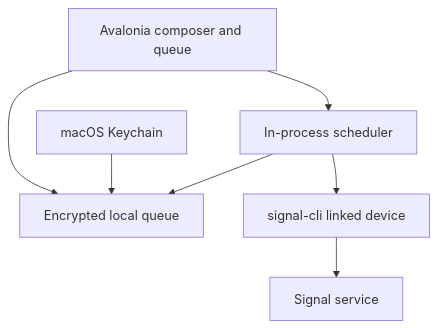
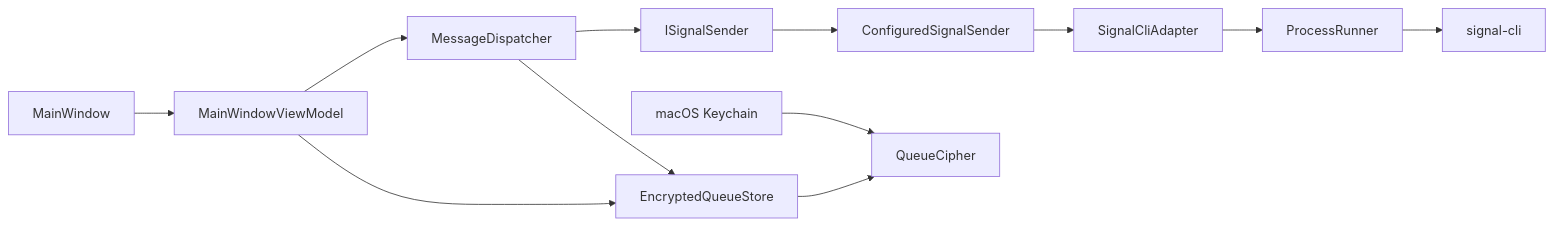
Before and after one commit to Alexandra-St/SignalScheduler: the diagram in README.md, drawn with Mermaid. The commit also changed other lines of this file, not shown here.

````diff
--- a/README.md
+++ b/README.md
@@ -33,9 +21,18 @@
 ```mermaid
-flowchart TD
-    UI["Avalonia composer and queue"] --> Store["Encrypted local queue"]
-    UI --> Worker["In-process scheduler"]
-    Worker --> Store
-    Keychain["macOS Keychain"] --> Store
-    Worker --> CLI["signal-cli linked device"]
-    CLI --> Signal["Signal service"]
+flowchart LR
+    Window["MainWindow"] --> VM["MainWindowViewModel"]
+
+    VM --> Dispatcher["MessageDispatcher"]
+    VM --> Store["EncryptedQueueStore"]
+
+    Dispatcher --> Store
+    Dispatcher --> Sender["ISignalSender"]
+
+    Sender --> Config["ConfiguredSignalSender"]
+    Config --> Adapter["SignalCliAdapter"]
+    Adapter --> Runner["ProcessRunner"]
+    Runner --> CLI["signal-cli"]
+
+    Store --> Cipher["QueueCipher"]
+    Keychain["macOS Keychain"] --> Cipher
 ```
````
